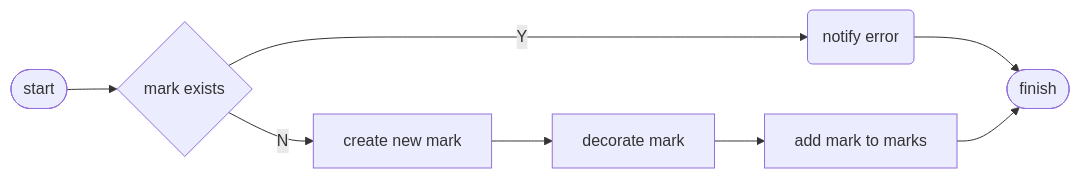
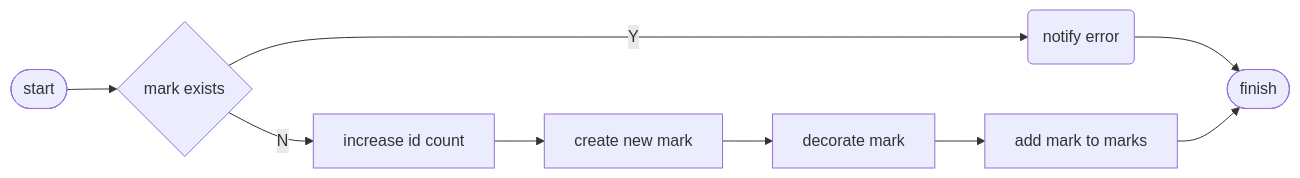
Before and after one commit to niuiic/track.nvim: the seventh of 17 diagrams in DESIGN.md, drawn with Mermaid. The commit also changed other lines of this file and 5 other files, not shown here.

````diff
--- a/DESIGN.md
+++ b/DESIGN.md
@@ -181,16 +210,18 @@
 ```mermaid
 flowchart LR
     start([start]) --> n1
 
     n1{mark exists}
     n1 --Y--> error(notify error) --> finish
-    n1 --N--> n2
+    n1 --N--> n5
+
+    n5[increase id count] --> n2
 
     n2[create new mark] --> n3
 
     n3[decorate mark] --> n4
 
     n4[add mark to marks] --> finish
 
     finish([finish])
 ```
````
